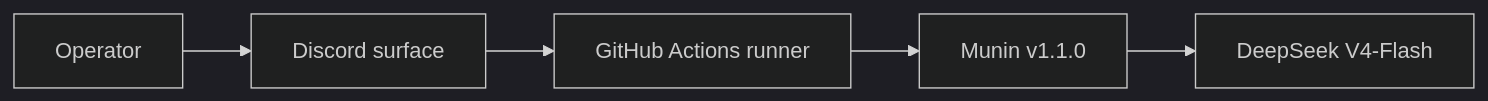
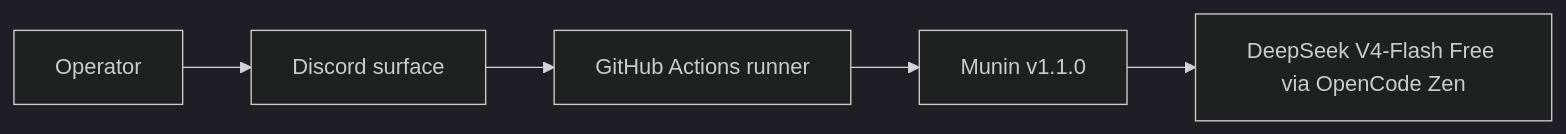
One commit to PrinceOfPwn/Munin changed the second of 2 diagrams in MAP.md. Above: the diagram before and after it, drawn with Mermaid (dark theme). The commit also changed 6 other files, not shown here.

First line of the commit message:
fix(model): use DeepSeek V4-Flash Free via OpenCode Zen (keep gateway, not direct DeepSeek API)

````diff
--- a/MAP.md
+++ b/MAP.md
@@ -72,7 +72,7 @@
 ```mermaid
 flowchart LR
   Operator --> Discord[Discord surface]
   Discord --> Actions[GitHub Actions runner]
   Actions --> Munin[Munin v1.1.0]
-  Munin --> DeepSeek[DeepSeek V4-Flash]
+  Munin --> DeepSeek[DeepSeek V4-Flash Free via OpenCode Zen]
 ```
````
